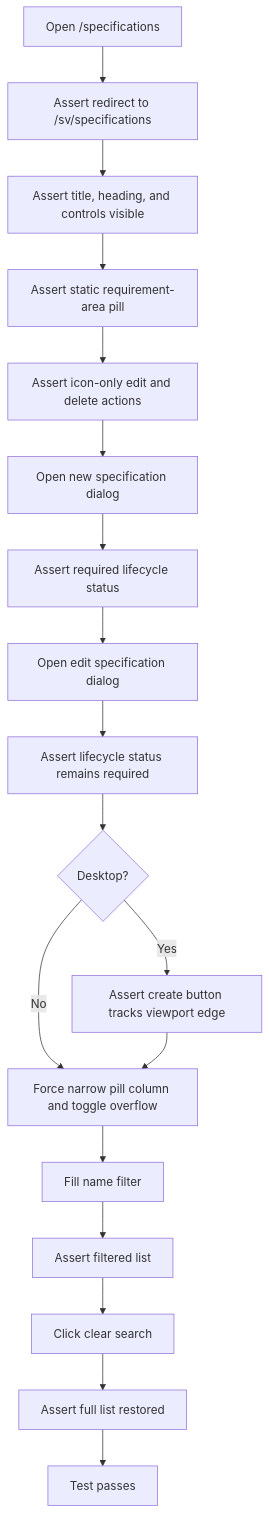
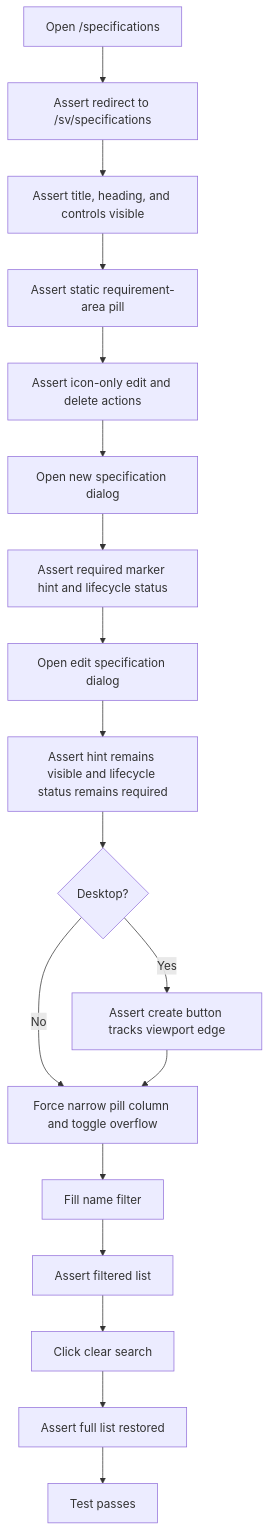
The first of 3 diagrams in tests/integration/specifications-list.md (viscalyx/Kravhantering), drawn with Mermaid before and after one commit. The commit also changed other lines of this file and 24 other files, not shown here.

Commit message:
fix: add required fields hint component and integrate it across forms, update documentation and tests

````diff
--- a/tests/integration/specifications-list.md
+++ b/tests/integration/specifications-list.md
@@ -17,20 +18,20 @@
 ```mermaid
 flowchart TD
     A[Open /specifications] --> A1[Assert redirect to /sv/specifications]
     A1 --> B[Assert title, heading, and controls visible]
     B --> B1[Assert static requirement-area pill]
     B1 --> B2[Assert icon-only edit and delete actions]
     B2 --> B3[Open new specification dialog]
-    B3 --> B4[Assert required lifecycle status]
+    B3 --> B4[Assert required marker hint and lifecycle status]
     B4 --> B5[Open edit specification dialog]
-    B5 --> B6[Assert lifecycle status remains required]
+    B5 --> B6[Assert hint remains visible and lifecycle status remains required]
     B6 --> C{Desktop?}
     C -- Yes --> D[Assert create button tracks viewport edge]
     C -- No --> B7[Force narrow pill column and toggle overflow]
     D --> B7
     B7 --> E[Fill name filter]
     E --> F[Assert filtered list]
     F --> G[Click clear search]
     G --> H[Assert full list restored]
     H --> I[Test passes]
 ```
````
